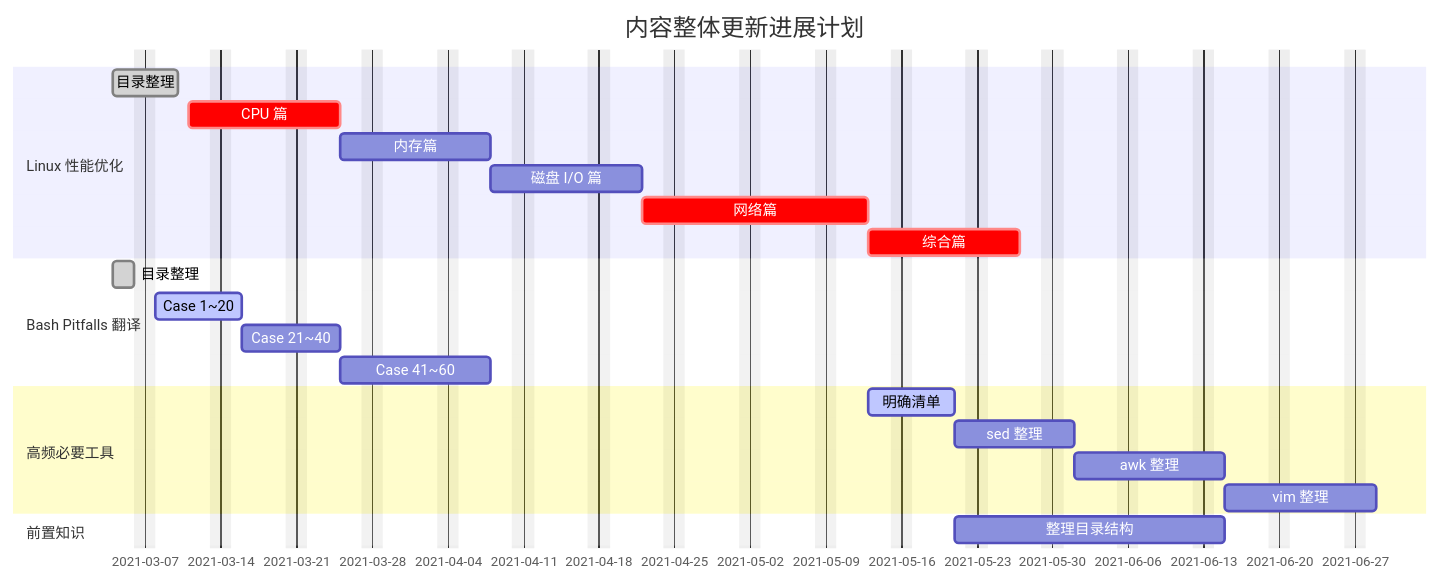
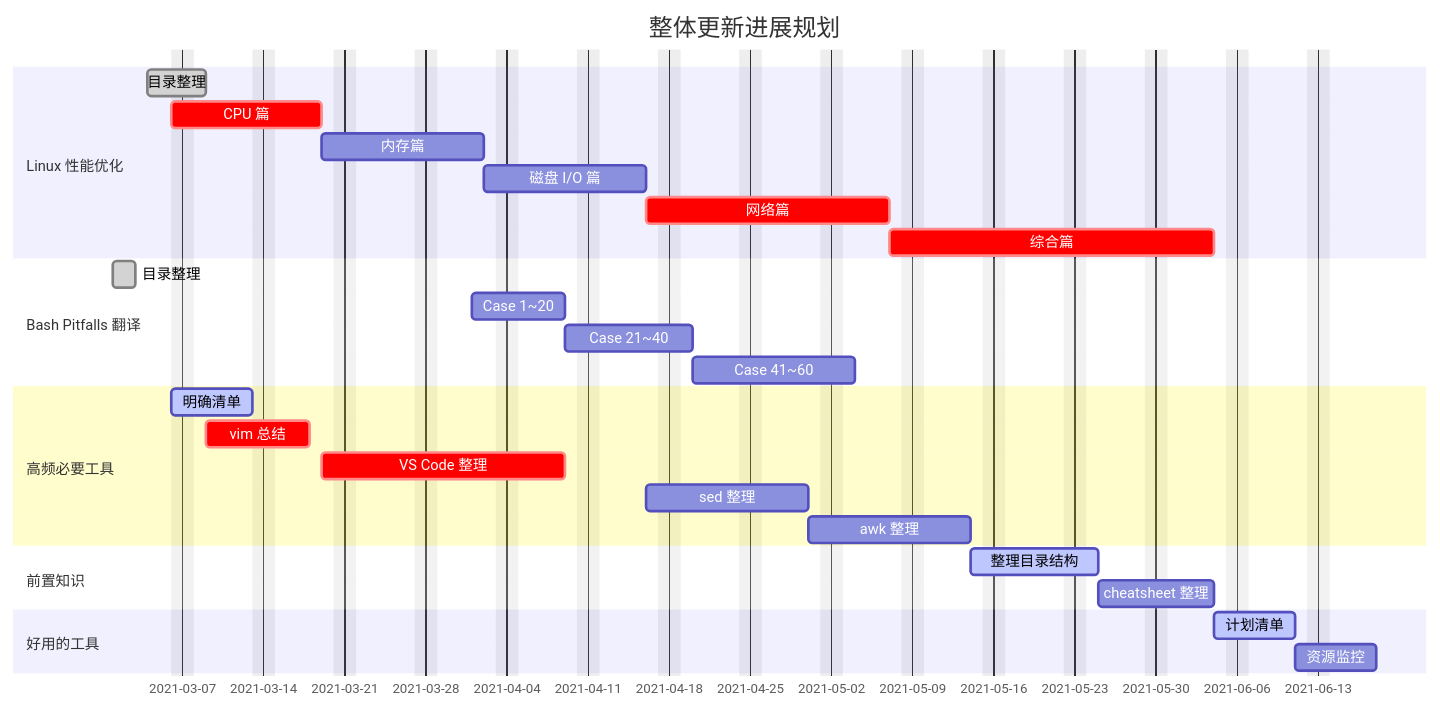
Before and after one commit to baiyongan/practical-linux-skills: the first of 2 diagrams in docs/TODOLIST.md, drawn with Mermaid. The commit also changed 8 other files, not shown here.

Commit message:
update project gantt & add vim

````diff
--- a/docs/TODOLIST.md
+++ b/docs/TODOLIST.md
@@ -15,31 +15,36 @@
 ```mermaid
 gantt
     dateFormat  YYYY-MM-DD
-    title       内容整体更新进展计划
+    title       整体更新进展规划
     excludes    weekends
     %% (`excludes` accepts specific dates in YYYY-MM-DD format, days of the week ("sunday") or "weekends", but not the word "weekdays".)
 
     section Linux 性能优化
-    目录整理                             : done,          task_1, 2021-03-04, 4d
-    CPU 篇                               : crit,         task_2, 2021-03-11, 10d
+    目录整理                             : done,          task_1, 2021-03-04, 3d
+    CPU 篇                               : crit,         task_2, 2021-03-06, 10d
     内存篇                               :                task_3, after task_2, 10d
     磁盘 I/O 篇                          :                task_4, after task_3, 10d
     网络篇                               : crit,          task_5, after task_4, 15d
-    综合篇                               : crit,          task_6, after task_5, 10d
-
+    综合篇                               : crit,          task_6, after task_5, 20d
 
     section Bash Pitfalls 翻译
-    目录整理                             : done,           tmp_1,  2021-03-04, 2d
-    Case 1~20                           : active,         tmp_2,  after tmp_1, 6d
-    Case 21~40                          :                 tmp_3,  after tmp_2, 7d
-    Case 41~60                          :                 tmp_4,  after tmp_3, 10d
+    目录整理                             : done,           tmp_1, 2021-03-01, 2d
+    Case 1~20                           :                 tmp_2, 2021-04-01, 6d
+    Case 21~40                          :                 tmp_3, after tmp_2, 7d
+    Case 41~60                          :                 tmp_4, after tmp_3, 10d
 
     section 高频必要工具
-    明确清单                             : active,         tmp_9,   after task_5, 6d
-    sed 整理                             :                 tmp_10,  after tmp_9, 7d
-    awk 整理                             :                 tmp_11,  after tmp_10, 10d
-    vim 整理                             :                 tmp_12,  after tmp_11, 10d
+    明确清单                             : active,         tmp_9, 2021-03-06, 6d
+    vim 总结                             : crit,           tmp_10, after task_1, 7d
+    VS Code 整理                         : crit,           tmp_11, after task_2, 15d
+    sed 整理                             :                 tmp_11, after task_4, 10d
+    awk 整理                             :                 tmp_12, after tmp_11, 10d
 
     section 前置知识
-    整理目录结构                         :                  after tmp_9, 17d
+    整理目录结构                          : active,         tmp_13, after tmp_12, 7d
+    cheatsheet 整理                      :                 tmp_14, after tmp_13, 8d
+
+    section 好用的工具
+    计划清单                              : active,        tmp_15, after tmp_14, 5d
+    资源监控                              :               tmp_16, after tmp_15, 5d
 ```
````
